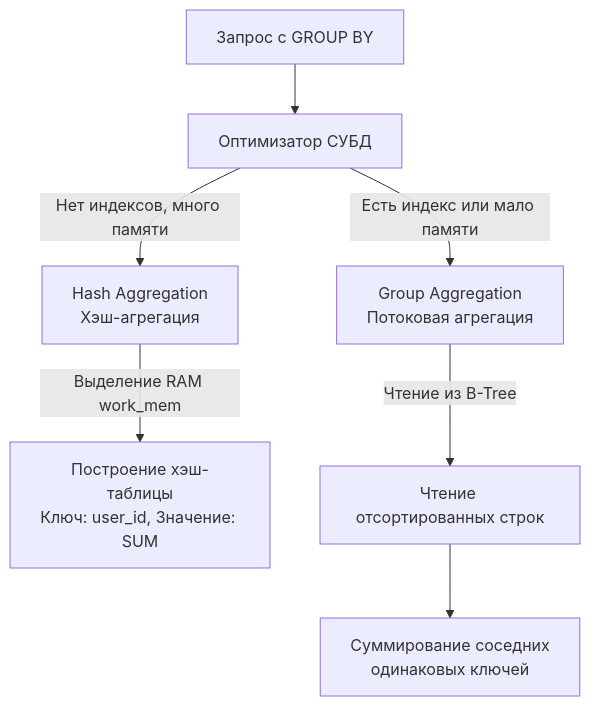
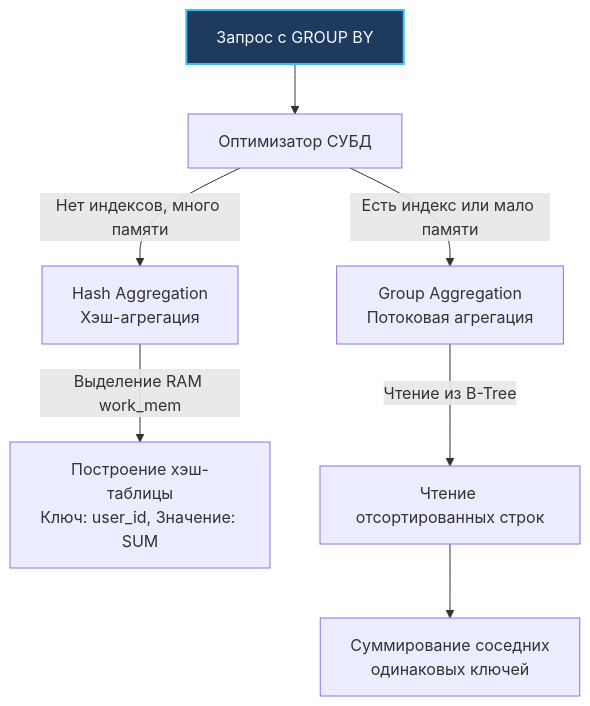
One commit to UnrealTemplier/go-textbook changed the diagram in sources/12. Базы данных/02. SQL базовый/7. GROUP BY и агрегатные функции.md. Above: the diagram before and after it, drawn with Mermaid. The commit also changed 1666 other files, not shown here.

First line of the commit message:
feat(mermaid): add semantic color classDef to 1369 colorless flowchart/graph diagrams

````diff
--- a/sources/12. Базы данных/02. SQL базовый/7. GROUP BY и агрегатные функции.md
+++ b/sources/12. Базы данных/02. SQL базовый/7. GROUP BY и агрегатные функции.md
@@ -68,10 +68,20 @@
 ```mermaid
 flowchart TD
-    Start["Запрос с GROUP BY"] --> Optimizer["Оптимизатор СУБД"]
+    classDef process  fill:#1e293b,stroke:#38bdf8,stroke-width:1px,color:#f8fafc
+    classDef success  fill:#064e3b,stroke:#34d399,stroke-width:1px,color:#f8fafc
+    classDef error    fill:#7f1d1d,stroke:#f87171,stroke-width:1px,color:#f8fafc
+    classDef warning  fill:#78350f,stroke:#fbbf24,stroke-width:1px,color:#f8fafc
+    classDef entry    fill:#1e3a5f,stroke:#38bdf8,stroke-width:2px,color:#f8fafc
+    classDef aux      fill:#334155,stroke:#64748b,stroke-width:1px,color:#f8fafc
+    classDef system   fill:#312e81,stroke:#a78bfa,stroke-width:1px,color:#f8fafc
+    classDef data     fill:#132d29,stroke:#2dd4bf,stroke-width:1px,color:#f8fafc
+    classDef network  fill:#881337,stroke:#fb7185,stroke-width:1px,color:#f8fafc
+    classDef accent   fill:#1e1b4b,stroke:#818cf8,stroke-width:1px,color:#f8fafc
+    Start["Запрос с GROUP BY"]:::entry --> Optimizer["Оптимизатор СУБД"]
     Optimizer -->|"Нет индексов, много памяти"| HashAgg["Hash Aggregation<br>Хэш-агрегация"]
     Optimizer -->|"Есть индекс или мало памяти"| SortAgg["Group Aggregation<br>Потоковая агрегация"]
     
     HashAgg -->|"Выделение RAM work_mem"| BuildHash["Построение хэш-таблицы<br>Ключ: user_id, Значение: SUM"]
     SortAgg -->|"Чтение из B-Tree"| ReadSorted["Чтение отсортированных строк"]
     ReadSorted --> StreamAgg["Суммирование соседних<br>одинаковых ключей"]
 ```
````
